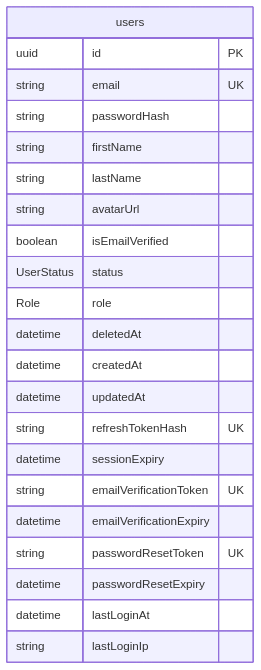
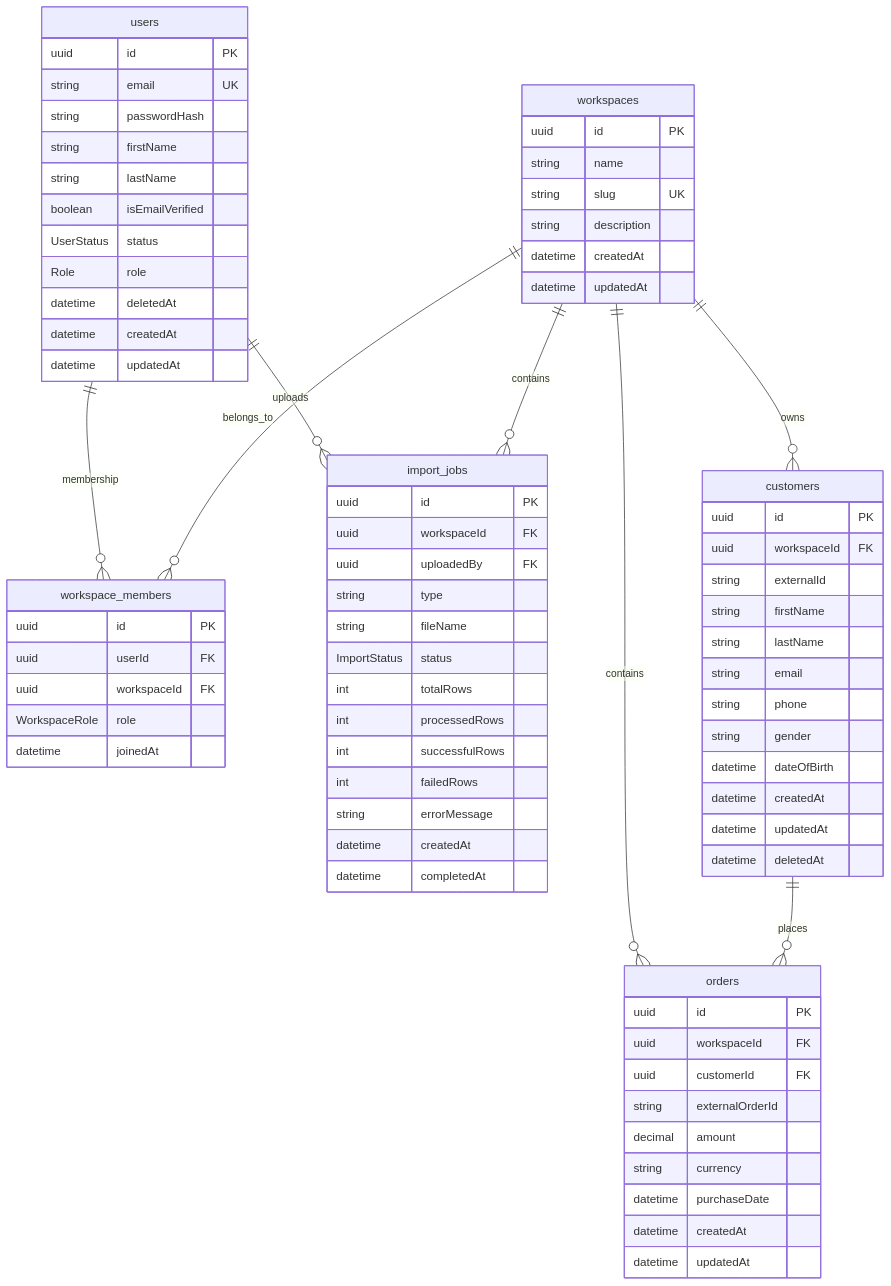
The first of 2 diagrams in doc/architecture.md (MVPAlok/Backend-Project-XENO), drawn with Mermaid before and after one commit. The commit also changed other lines of this file and 109 other files, not shown here.

Commit message:
feat: complete Phase 3 customer and order ingestion foundation with documentation

````diff
--- a/doc/architecture.md
+++ b/doc/architecture.md
@@ -62,25 +83,79 @@
 ```mermaid
 erDiagram
+    users ||--o{ workspace_members : membership
+    users ||--o{ import_jobs : uploads
+    workspaces ||--o{ workspace_members : belongs_to
+    workspaces ||--o{ import_jobs : contains
+    workspaces ||--o{ customers : owns
+    workspaces ||--o{ orders : contains
+    customers ||--o{ orders : places
+
     users {
         uuid id PK
         string email UK
         string passwordHash
         string firstName
         string lastName
-        string avatarUrl
         boolean isEmailVerified
         UserStatus status
         Role role
         datetime deletedAt
         datetime createdAt
         datetime updatedAt
-        string refreshTokenHash UK
-        datetime sessionExpiry
-        string emailVerificationToken UK
-        datetime emailVerificationExpiry
-        string passwordResetToken UK
-        datetime passwordResetExpiry
-        datetime lastLoginAt
-        string lastLoginIp
+    }
+    workspaces {
+        uuid id PK
+        string name
+        string slug UK
+        string description
+        datetime createdAt
+        datetime updatedAt
+    }
+    workspace_members {
+        uuid id PK
+        uuid userId FK
+        uuid workspaceId FK
+        WorkspaceRole role
+        datetime joinedAt
+    }
+    import_jobs {
+        uuid id PK
+        uuid workspaceId FK
+        uuid uploadedBy FK
+        string type
+        string fileName
+        ImportStatus status
+        int totalRows
+        int processedRows
+        int successfulRows
+        int failedRows
+        string errorMessage
+        datetime createdAt
+        datetime completedAt
+    }
+    customers {
+        uuid id PK
+        uuid workspaceId FK
+        string externalId
+        string firstName
+        string lastName
+        string email
+        string phone
+        string gender
+        datetime dateOfBirth
+        datetime createdAt
+        datetime updatedAt
+        datetime deletedAt
+    }
+    orders {
+        uuid id PK
+        uuid workspaceId FK
+        uuid customerId FK
+        string externalOrderId
+        decimal amount
+        string currency
+        datetime purchaseDate
+        datetime createdAt
+        datetime updatedAt
     }
 ```
````
